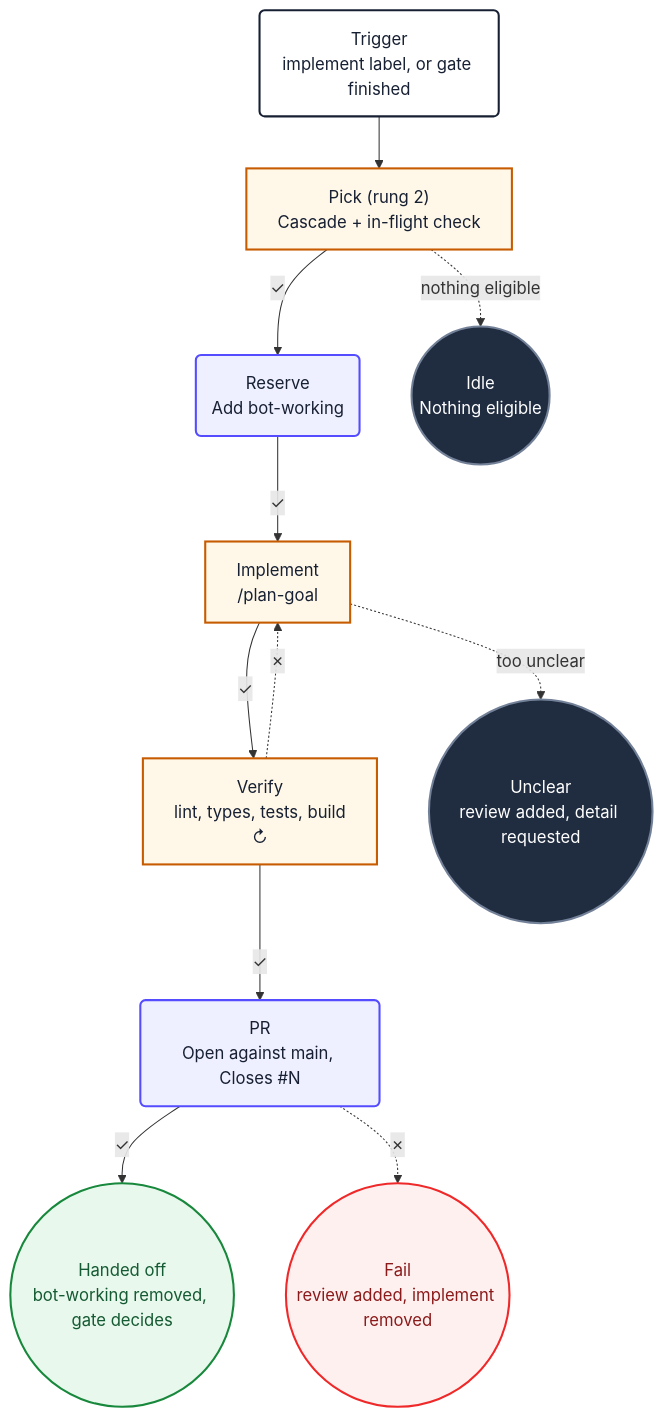
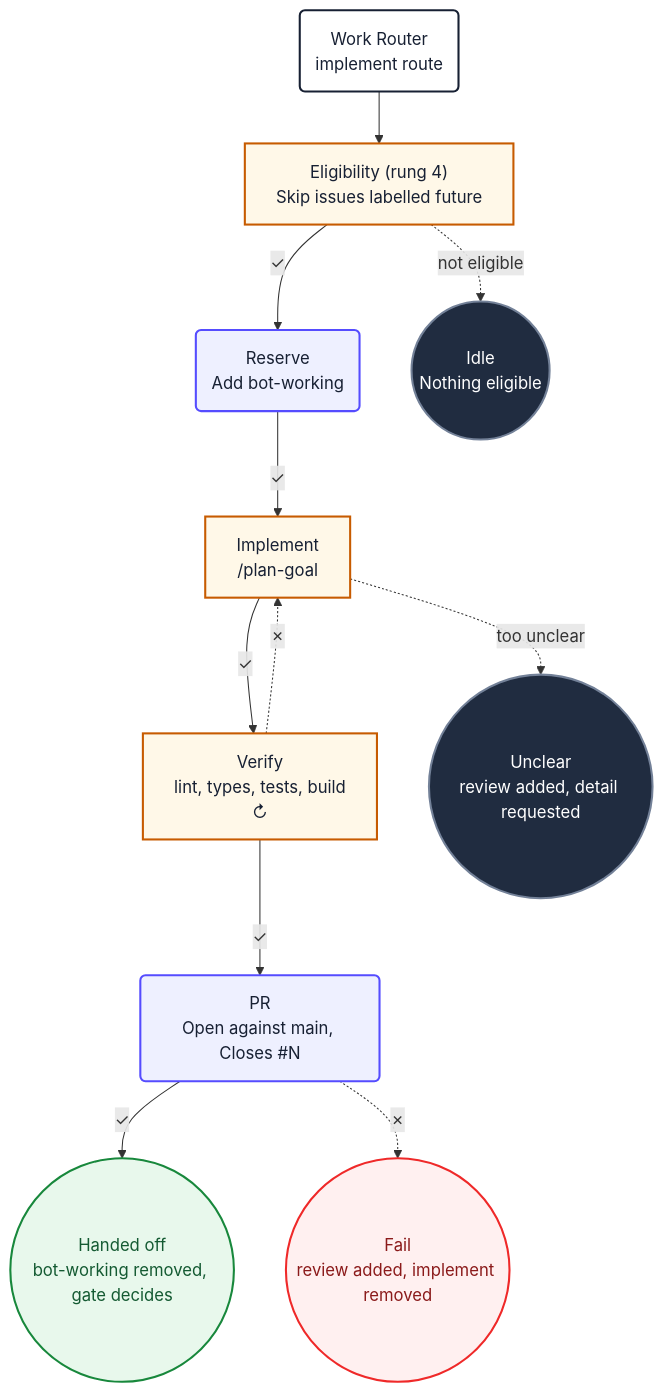
Before and after one commit to PlainConceptsPlatform/Foundations: the diagram in skills/platform-agentic-workflows/references/diagram.md, drawn with Mermaid. The commit also changed other lines of this file and 6 other files, not shown here.

````diff
--- a/skills/platform-agentic-workflows/references/diagram.md
+++ b/skills/platform-agentic-workflows/references/diagram.md
@@ -131,29 +137,29 @@
 ```mermaid
 flowchart TD
-    implStart("Trigger<br/>implement label, or gate finished") --> implPick
-    implPick["Pick (rung 2)<br/>Cascade + in-flight check"] -->|✓| implReserve
-    implPick -.->|nothing eligible| implIdle
+    implStart("Work Router<br/>implement route") --> implPick
+    implPick["Eligibility (rung 4)<br/>Skip issues labelled future"] -->|✓| implReserve
+    implPick -.->|not eligible| implIdle
     implReserve("Reserve<br/>Add bot-working") -->|✓| implCode
     implCode["Implement<br/>/plan-goal"] -->|✓| implVerify
     implCode -.->|too unclear| implUnclear
     implVerify["Verify<br/>lint, types, tests, build<br/>↻"] -->|✓| implPr
     implVerify -.->|✗| implCode
     implPr("PR<br/>Open against main, Closes #N") -->|✓| implHandoff
     implPr -.->|✗| implFail
     implHandoff(("Handed off<br/>bot-working removed, gate decides"))
     implUnclear(("Unclear<br/>review added, detail requested"))
     implIdle(("Idle<br/>Nothing eligible"))
     implFail(("Fail<br/>review added, implement removed"))
     classDef start fill:#ffffff,stroke:#172033,stroke-width:2px,color:#172033
     classDef action fill:#eef0ff,stroke:#554cff,stroke-width:2px,color:#172033
     classDef decision fill:#fff8e8,stroke:#c75b00,stroke-width:2px,color:#172033
     classDef idle fill:#202c40,stroke:#738198,stroke-width:2px,color:#ffffff
     classDef failure fill:#fff0f0,stroke:#ef2929,stroke-width:2px,color:#8b1a1a
     classDef success fill:#e8f8ec,stroke:#18883c,stroke-width:2px,color:#145a32
     class implStart start
     class implReserve,implPr action
     class implPick,implCode,implVerify decision
     class implIdle,implUnclear idle
     class implFail failure
     class implHandoff success
 ```
````
